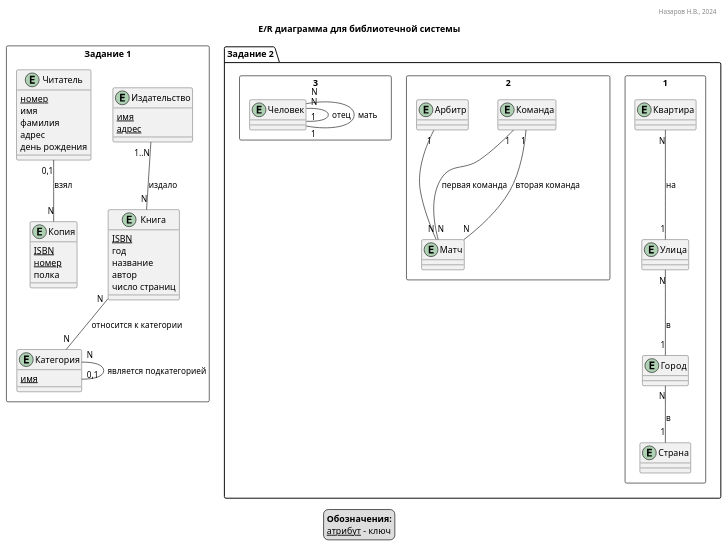
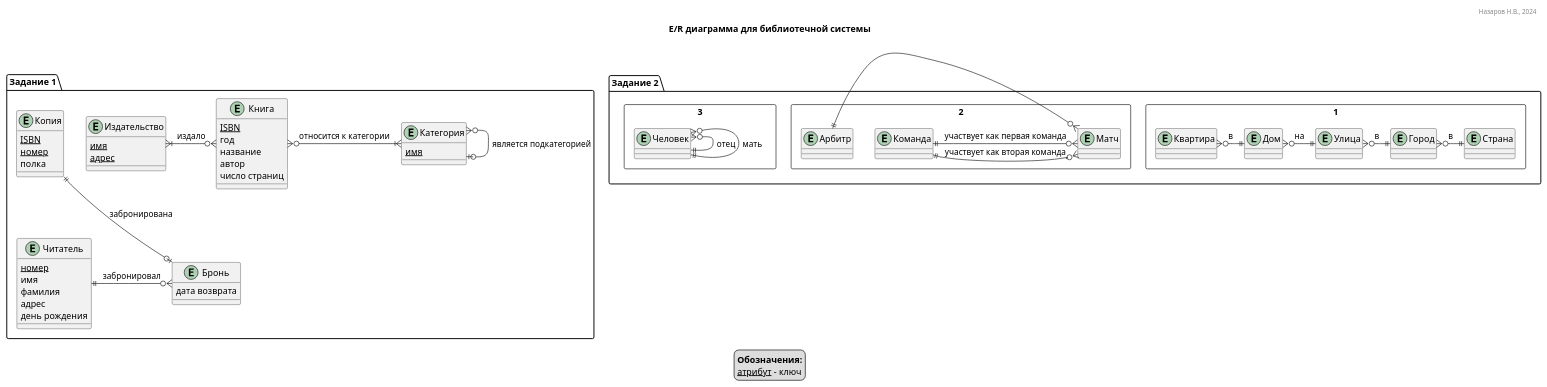
Before and after one commit to nvnazarov/c3-db: the diagram in sem_02.puml, drawn with PlantUML.

Commit message:
Switch to 'Crow's Foot Notation'; add new entity 'Бронь' to hold return date of book; small structural changes to improve readability

```diff
--- a/sem_02.puml
+++ b/sem_02.puml
@@ -1,93 +1,95 @@
 @startuml libsys
 
 title E/R диаграмма для библиотечной системы
 header Назаров Н.В., 2024
 
 legend
     <b>Обозначения:</b>
     <u>атрибут</u> - ключ
 endlegend
 
-' Task 1
+package "Задание 1" {
 
-rectangle "Задание 1" {
+    entity Издательство {
+        <u>имя</u>
+        <u>адрес</u>
+    }
 
-' Entities
+    entity Книга {
+        <u>ISBN</u>
+        год
+        название
+        автор
+        число страниц
+    }
 
-entity Издательство {
-    <u>имя</u>
-    <u>адрес</u>
-}
+    entity Копия {
+        <u>ISBN</u>
+        <u>номер</u>
+        полка
+    }
 
-entity Книга {
-    <u>ISBN</u>
-    год
-    название
-    автор
-    число страниц
-}
+    entity Категория {
+        <u>имя</u>
+    }
 
-entity Копия {
-    <u>ISBN</u>
-    <u>номер</u>
-    полка
-}
+    entity Читатель {
+        <u>номер</u>
+        имя
+        фамилия
+        адрес
+        день рождения
+    }
 
-entity Категория {
-    <u>имя</u>
-}
+    entity Бронь {
+        дата возврата
+    }
 
-entity Читатель {
-    <u>номер</u>
-    имя
-    фамилия
-    адрес
-    день рождения
-}
-
-' Relationships
-
-Издательство "1..N" -- "N" Книга : издало
-Книга "N" -- "N" Категория : относится к категории
-Читатель "0,1" -- "N" Копия : взял
-Категория "N" -- "0,1" Категория : является подкатегорией
+    Издательство }|-o{ Книга : издало
+    Книга }o-|{ Категория : относится к категории
+    Читатель ||-o{ Бронь : забронировал
+    Копия ||--o| Бронь : забронирована
+    Категория }o-o| Категория : является подкатегорией
 
 }
 
-' Task 2
+package "Задание 2" {
 
-rectangle "Задание 2.1" {
+    rectangle 1 {
 
-entity Страна
-entity Город
-entity Улица
-entity Квартира
+        entity Страна
+        entity Город
+        entity Улица
+        entity Дом
+        entity Квартира
 
-Квартира "N" -- "1" Улица : на
-Улица "N" -- "1" Город : в
-Город "N" -- "1" Страна : в
+        Квартира }o-|| Дом : в
+        Дом }o-|| Улица : на
+        Улица }o-|| Город : в
+        Город }o-|| Страна : в
 
-}
+    }
 
-rectangle "Задание 2.2" {
+    rectangle 2 {
 
-entity Команда
-entity Арбитр
-entity Матч
+        entity Команда
+        entity Арбитр
+        entity Матч
 
-Команда "1" -- "N" Матч : первая команда
-Команда "1" -- "N" Матч : вторая команда
-Арбитр "1" -- "N" Матч
+        Команда ||-o{ Матч : участвует как первая команда
+        Команда ||-o{ Матч : участвует как вторая команда
+        Арбитр ||-o{ Матч
 
-}
+    }
 
-rectangle "Задание 2.3" {
+    rectangle 3 {
 
-entity Человек
+        entity Человек
 
-Человек "N" -- "1" Человек : отец
-Человек "N" -- "1" Человек : мать
+        Человек }o-|| Человек : отец
+        Человек }o-|| Человек : мать
 
+    }
 }
 
 @enduml
```
